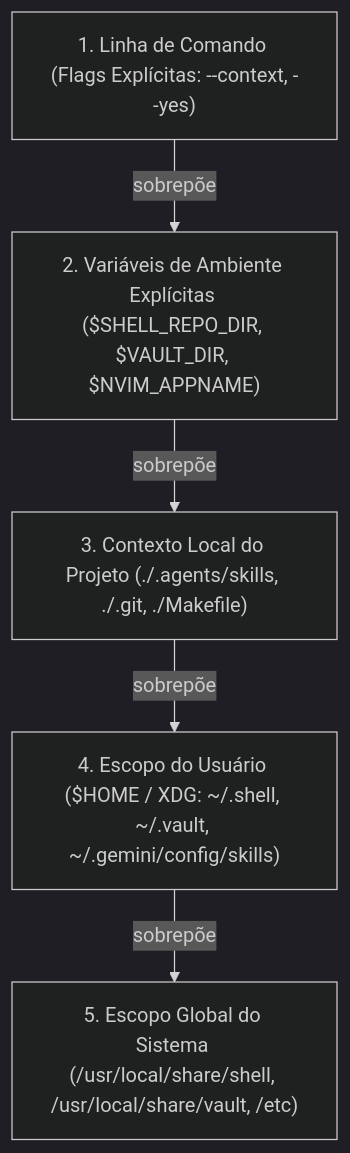
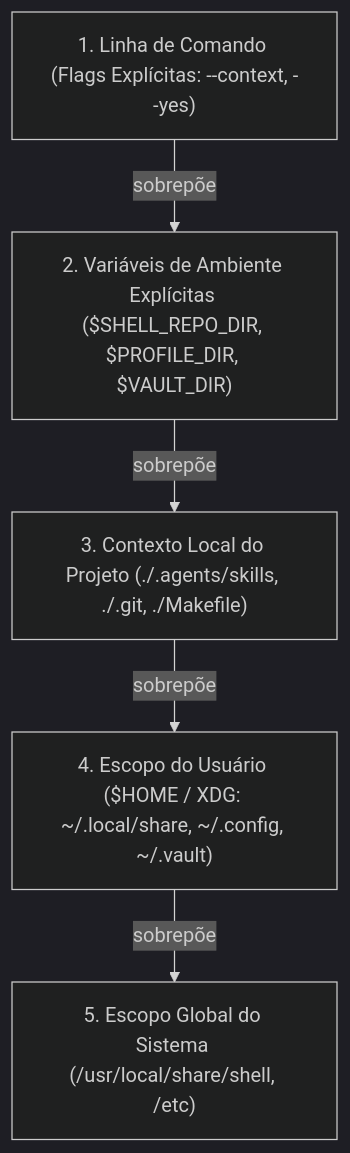
The second of 3 diagrams in ENVIRONMENT.md (GabrielFrigo4/profile), drawn with Mermaid (dark theme) before and after one commit. The commit also changed other lines of this file and 3 other files, not shown here.

Commit message:
feat(skills): add xdg-fhs-standards skill and update path resolution cascade

````diff
--- a/ENVIRONMENT.md
+++ b/ENVIRONMENT.md
@@ -77,13 +77,13 @@
 ```mermaid
 flowchart TD
     CLI["1. Linha de Comando (Flags Explícitas: --context, --yes)"]
-    ENV["2. Variáveis de Ambiente Explícitas ($SHELL_REPO_DIR, $VAULT_DIR, $NVIM_APPNAME)"]
+    ENV["2. Variáveis de Ambiente Explícitas ($SHELL_REPO_DIR, $PROFILE_DIR, $VAULT_DIR)"]
     PROJ["3. Contexto Local do Projeto (./.agents/skills, ./.git, ./Makefile)"]
-    USER["4. Escopo do Usuário ($HOME / XDG: ~/.shell, ~/.vault, ~/.gemini/config/skills)"]
-    SYS["5. Escopo Global do Sistema (/usr/local/share/shell, /usr/local/share/vault, /etc)"]
+    USER["4. Escopo do Usuário ($HOME / XDG: ~/.local/share, ~/.config, ~/.vault)"]
+    SYS["5. Escopo Global do Sistema (/usr/local/share/shell, /etc)"]
 
     CLI -->|sobrepõe| ENV
     ENV -->|sobrepõe| PROJ
     PROJ -->|sobrepõe| USER
     USER -->|sobrepõe| SYS
 ```
````
